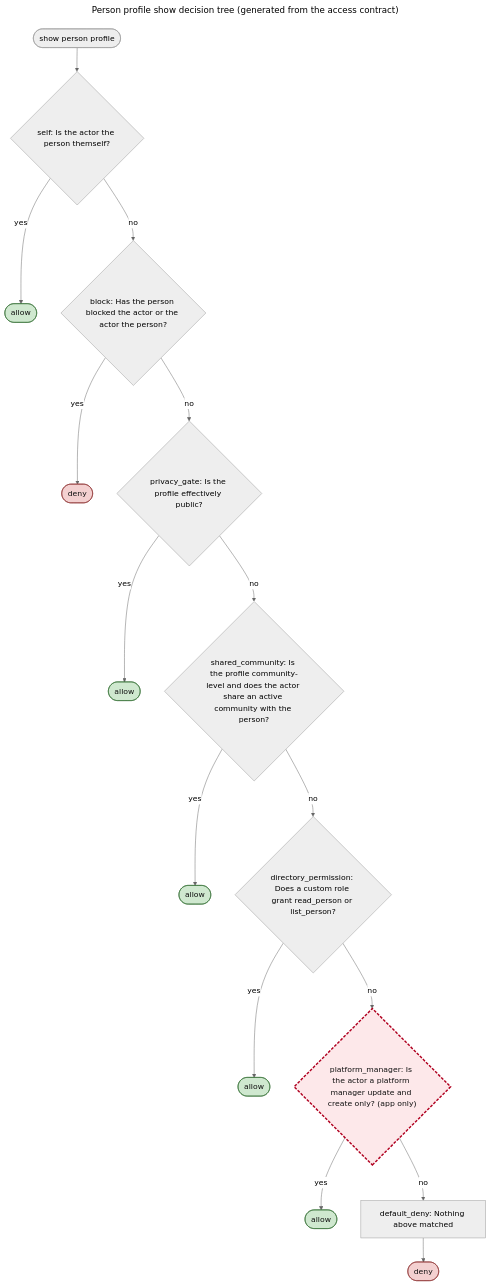
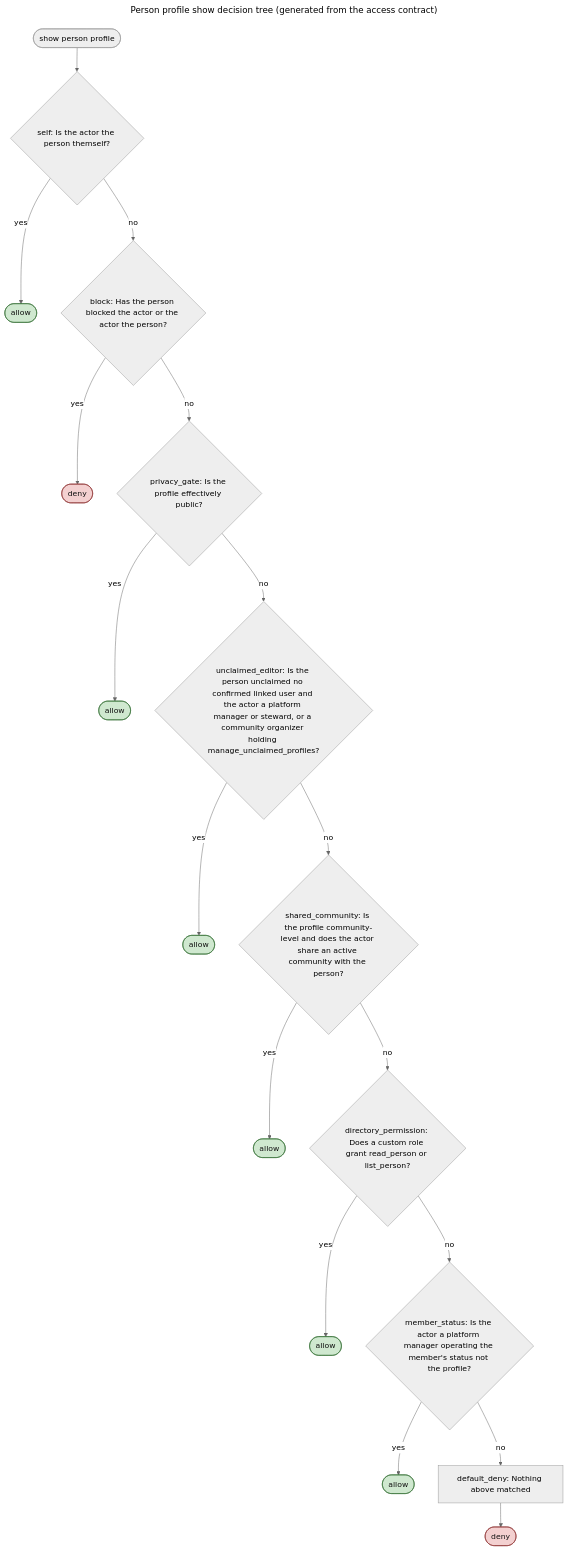
Before and after one commit to better-together-org/community-engine-rails: the diagram in docs/diagrams/source/access_contract_person_decision_tree.mmd, drawn with Mermaid (neutral theme). The commit also changed 75 other files, not shown here.

```diff
--- a/docs/diagrams/source/access_contract_person_decision_tree.mmd
+++ b/docs/diagrams/source/access_contract_person_decision_tree.mmd
@@ -1,38 +1,41 @@
 ---
 title: Person profile show decision tree (generated from the access contract)
 ---
 flowchart TD
   start(["show person profile"])
   start --> r0
   r0{"self: Is the actor the person themself?"}
   r0 -- yes --> r0o(["allow"])
   class r0o out_allow
   r0 -- no --> r1
   r1{"block: Has the person blocked the actor or the actor the person?"}
   r1 -- yes --> r1o(["deny"])
   class r1o out_deny
   r1 -- no --> r2
   r2{"privacy_gate: Is the profile effectively public?"}
   r2 -- yes --> r2o(["allow"])
   class r2o out_allow
   r2 -- no --> r3
-  r3{"shared_community: Is the profile community-level and does the actor share an active community with the person?"}
+  r3{"unclaimed_editor: Is the person unclaimed no confirmed linked user and the actor a platform manager or steward, or a community organizer holding manage_unclaimed_profiles?"}
   r3 -- yes --> r3o(["allow"])
   class r3o out_allow
   r3 -- no --> r4
-  r4{"directory_permission: Does a custom role grant read_person or list_person?"}
+  r4{"shared_community: Is the profile community-level and does the actor share an active community with the person?"}
   r4 -- yes --> r4o(["allow"])
   class r4o out_allow
   r4 -- no --> r5
-  r5{"platform_manager: Is the actor a platform manager update and create only? (app only)"}
+  r5{"directory_permission: Does a custom role grant read_person or list_person?"}
   r5 -- yes --> r5o(["allow"])
   class r5o out_allow
-  class r5 unintended
   r5 -- no --> r6
-  r6["default_deny: Nothing above matched"]
-  r6 --> r6o(["deny"])
-  class r6o out_deny
+  r6{"member_status: Is the actor a platform manager operating the member's status not the profile?"}
+  r6 -- yes --> r6o(["allow"])
+  class r6o out_allow
+  r6 -- no --> r7
+  r7["default_deny: Nothing above matched"]
+  r7 --> r7o(["deny"])
+  class r7o out_deny
   classDef out_allow fill:#cfe8cf,stroke:#2e6b2e,color:#111
   classDef out_deny fill:#f3d0d0,stroke:#8a2a2a,color:#111
   classDef out_conditional fill:#f6e7b4,stroke:#8a6d1a,color:#111
   classDef unintended stroke:#b00020,stroke-width:3px,stroke-dasharray:6 3,fill:#fde8ea,color:#111
```
